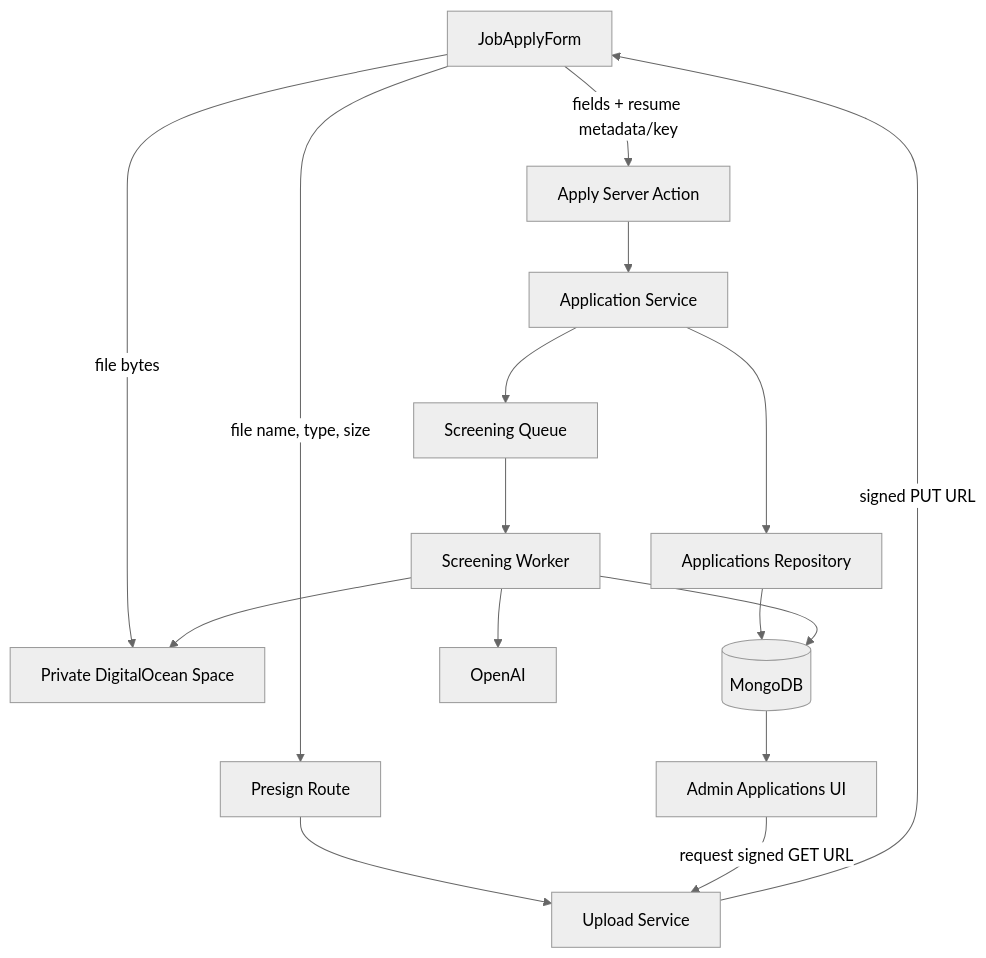
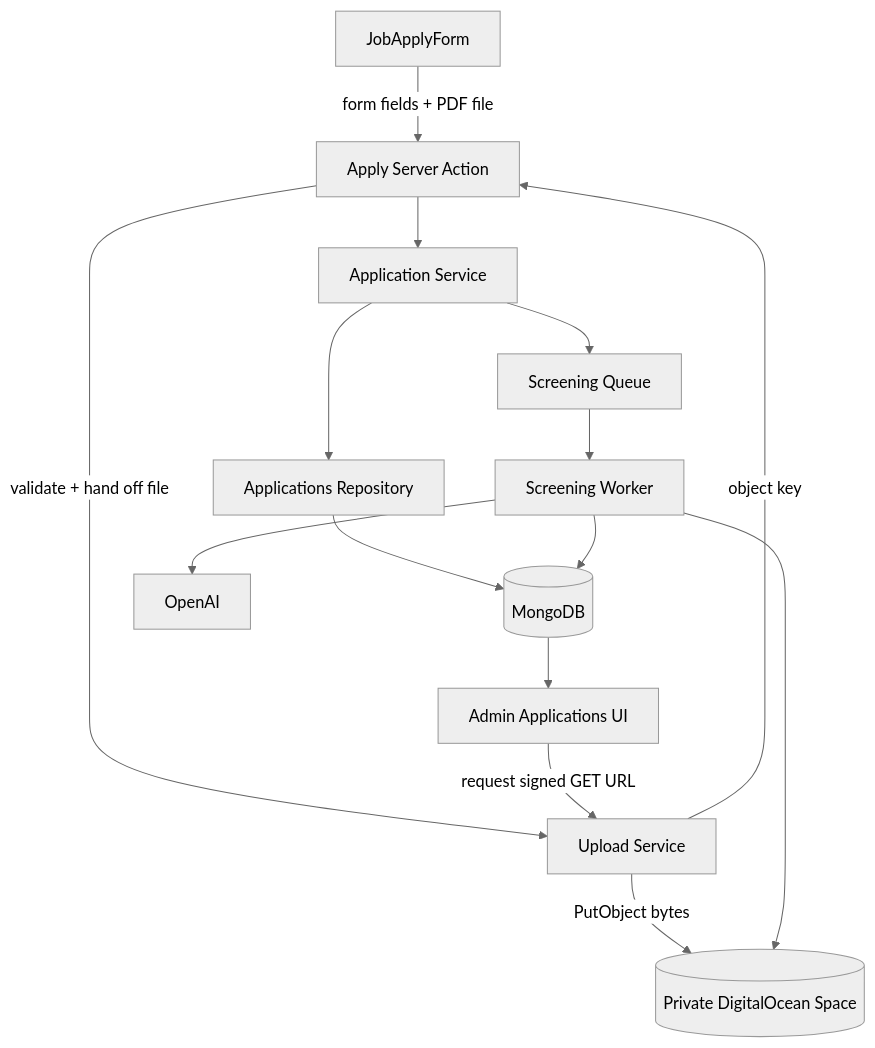
Before and after one commit to yaya1426/job-board: the first of 2 diagrams in docs/day-11-file-uploading-ai-screening/lecture-111-file-upload-architecture.md, drawn with Mermaid (neutral theme). The commit also changed other lines of this file and 23 other files, not shown here.

````diff
--- a/docs/day-11-file-uploading-ai-screening/lecture-111-file-upload-architecture.md
+++ b/docs/day-11-file-uploading-ai-screening/lecture-111-file-upload-architecture.md
@@ -40,18 +40,17 @@
 ```mermaid
 flowchart TD
-  A[JobApplyForm] -->|file name, type, size| B[Presign Route]
-  B --> C[Upload Service]
-  C -->|signed PUT URL| A
-  A -->|file bytes| D[Private DigitalOcean Space]
-  A -->|fields + resume metadata/key| E[Apply Server Action]
+  A[JobApplyForm] -->|form fields + PDF file| E[Apply Server Action]
+  E -->|validate + hand off file| C[Upload Service]
+  C -->|PutObject bytes| D[(Private DigitalOcean Space)]
+  C -->|object key| E
   E --> F[Application Service]
   F --> G[Applications Repository]
   G --> H[(MongoDB)]
   F --> I[Screening Queue]
   I --> J[Screening Worker]
   J --> D
   J --> K[OpenAI]
   J --> H
   H --> L[Admin Applications UI]
   L -->|request signed GET URL| C
 ```
````
